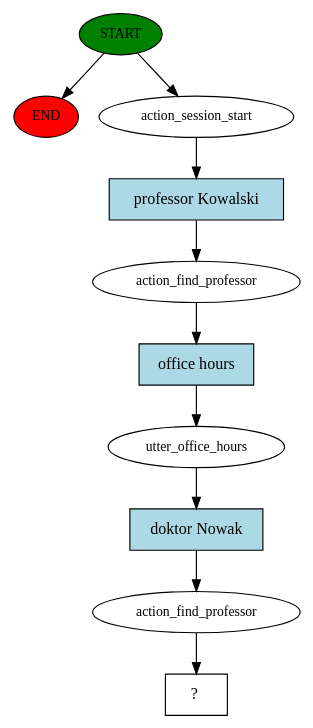
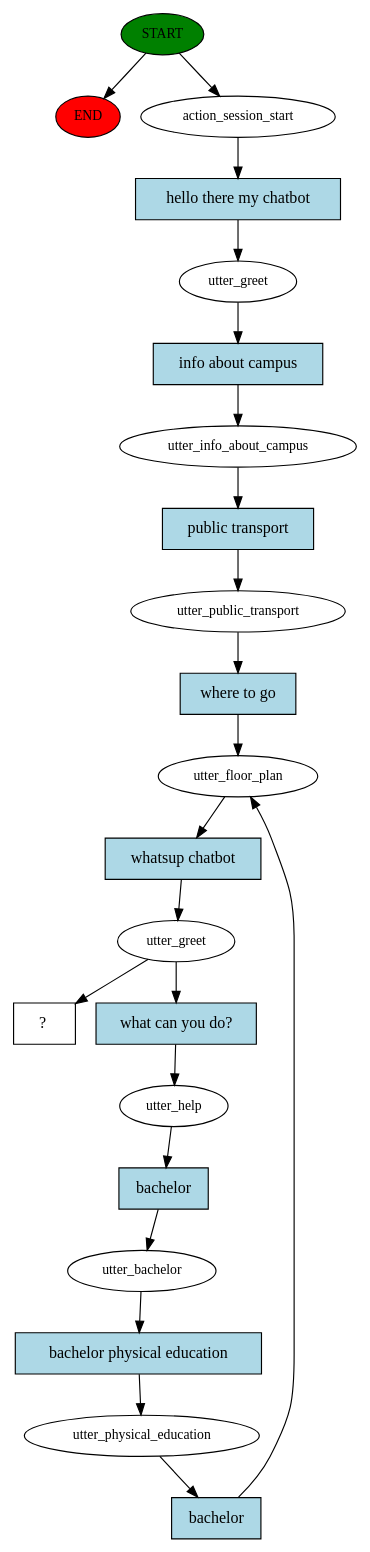
Before and after one commit to joannatrojak/chatbot: the diagram in story_graph.dot, drawn with Graphviz. The commit also changed 10 other files, not shown here.

```diff
--- a/story_graph.dot
+++ b/story_graph.dot
@@ -1,21 +1,44 @@
 digraph  {
 0 [class="start active", fillcolor=green, fontsize=12, label=START, style=filled];
 "-1" [class=end, fillcolor=red, fontsize=12, label=END, style=filled];
 1 [class=active, fontsize=12, label=action_session_start];
-2 [class=active, fontsize=12, label=action_find_professor];
-3 [class=active, fontsize=12, label=utter_office_hours];
-4 [class=active, fontsize=12, label=action_find_professor];
-5 [class="intent dashed active", label="  ?  ", shape=rect];
-6 [class="intent active", fillcolor=lightblue, label="professor Kowalski", shape=rect, style=filled];
-7 [class="intent active", fillcolor=lightblue, label="office hours", shape=rect, style=filled];
-8 [class="intent active", fillcolor=lightblue, label="doktor Nowak", shape=rect, style=filled];
+2 [class=active, fontsize=12, label=utter_greet];
+3 [class=active, fontsize=12, label=utter_info_about_campus];
+4 [class=active, fontsize=12, label=utter_public_transport];
+5 [class=active, fontsize=12, label=utter_floor_plan];
+6 [class=active, fontsize=12, label=utter_greet];
+7 [class=active, fontsize=12, label=utter_help];
+8 [class=active, fontsize=12, label=utter_bachelor];
+9 [class=active, fontsize=12, label=utter_physical_education];
+12 [class="intent dashed active", label="  ?  ", shape=rect];
+13 [class="intent active", fillcolor=lightblue, label="hello there my chatbot", shape=rect, style=filled];
+14 [class="intent active", fillcolor=lightblue, label="info about campus", shape=rect, style=filled];
+15 [class="intent active", fillcolor=lightblue, label="public transport", shape=rect, style=filled];
+16 [class="intent active", fillcolor=lightblue, label="where to go", shape=rect, style=filled];
+17 [class="intent active", fillcolor=lightblue, label="whatsup chatbot", shape=rect, style=filled];
+18 [class="intent active", fillcolor=lightblue, label="what can you do?", shape=rect, style=filled];
+19 [class="intent active", fillcolor=lightblue, label=bachelor, shape=rect, style=filled];
+20 [class="intent active", fillcolor=lightblue, label="bachelor physical education", shape=rect, style=filled];
+21 [class="intent active", fillcolor=lightblue, label=bachelor, shape=rect, style=filled];
 0 -> "-1"  [class="", key=NONE, label=""];
 0 -> 1  [class=active, key=NONE, label=""];
-1 -> 6  [class=active, key=0];
-2 -> 7  [class=active, key=0];
-3 -> 8  [class=active, key=0];
-4 -> 5  [class=active, key=NONE, label=""];
-6 -> 2  [class=active, key=0];
-7 -> 3  [class=active, key=0];
-8 -> 4  [class=active, key=0];
+1 -> 13  [class=active, key=0];
+2 -> 14  [class=active, key=0];
+3 -> 15  [class=active, key=0];
+4 -> 16  [class=active, key=0];
+5 -> 17  [class=active, key=0];
+6 -> 12  [class=active, key=NONE, label=""];
+6 -> 18  [class=active, key=0];
+7 -> 19  [class=active, key=0];
+8 -> 20  [class=active, key=0];
+9 -> 21  [class=active, key=0];
+13 -> 2  [class=active, key=0];
+14 -> 3  [class=active, key=0];
+15 -> 4  [class=active, key=0];
+16 -> 5  [class=active, key=0];
+17 -> 6  [class=active, key=0];
+18 -> 7  [class=active, key=0];
+19 -> 8  [class=active, key=0];
+20 -> 9  [class=active, key=0];
+21 -> 5  [class=active, key=0];
 }
```
